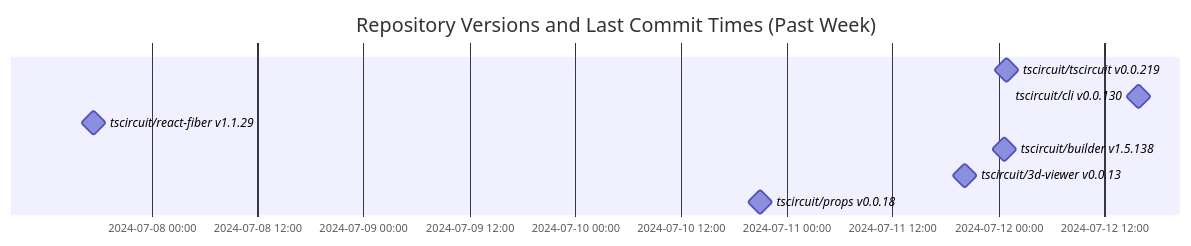
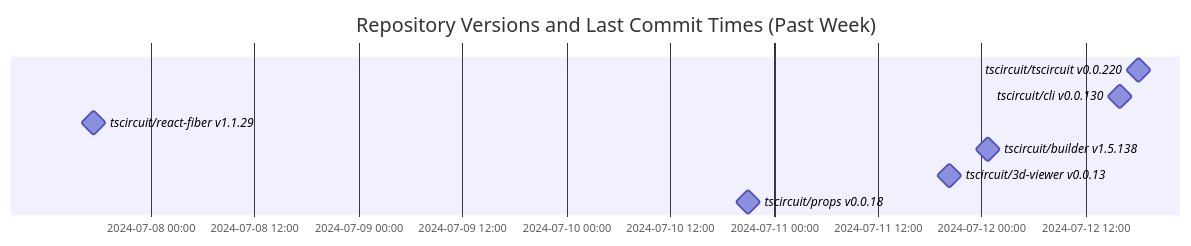
One commit to tscircuit/version-tracker changed the diagram in README.md. Above: the diagram before and after it, drawn with Mermaid.

Commit message:
Update chart

````diff
--- a/README.md
+++ b/README.md
@@ -1,13 +1,13 @@
 ```mermaid
 gantt
   dateFormat  YYYY-MM-DD HH:mm:ss
   title Repository Versions and Last Commit Times (Past Week)
   axisFormat %Y-%m-%d %H:%M
 
-  tscircuit/tscircuit v0.0.219 : milestone, 2024-07-12 00:54:13, 1s
+  tscircuit/tscircuit v0.0.220 : milestone, 2024-07-12 18:07:09, 1s
   tscircuit/cli v0.0.130 : milestone, 2024-07-12 15:54:19, 1s
   tscircuit/react-fiber v1.1.29 : milestone, 2024-07-07 17:23:26, 1s
   tscircuit/builder v1.5.138 : milestone, 2024-07-12 00:40:23, 1s
   tscircuit/3d-viewer v0.0.13 : milestone, 2024-07-11 20:12:35, 1s
   tscircuit/props v0.0.18 : milestone, 2024-07-10 20:59:29, 1s
 ```
````
